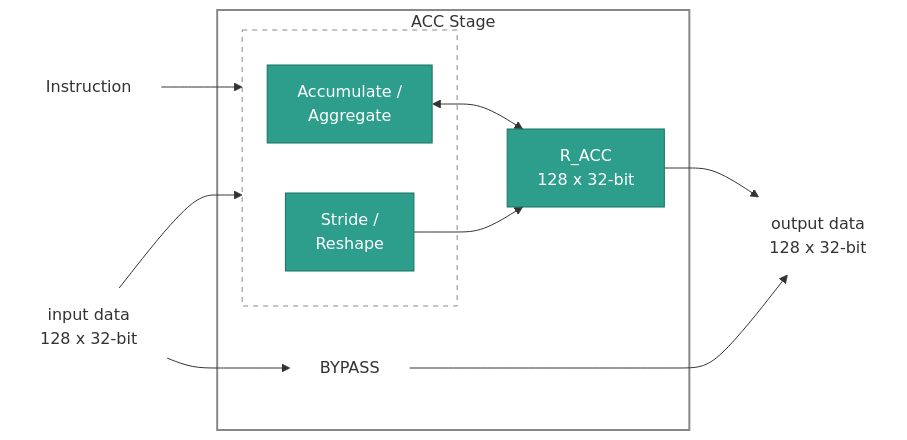
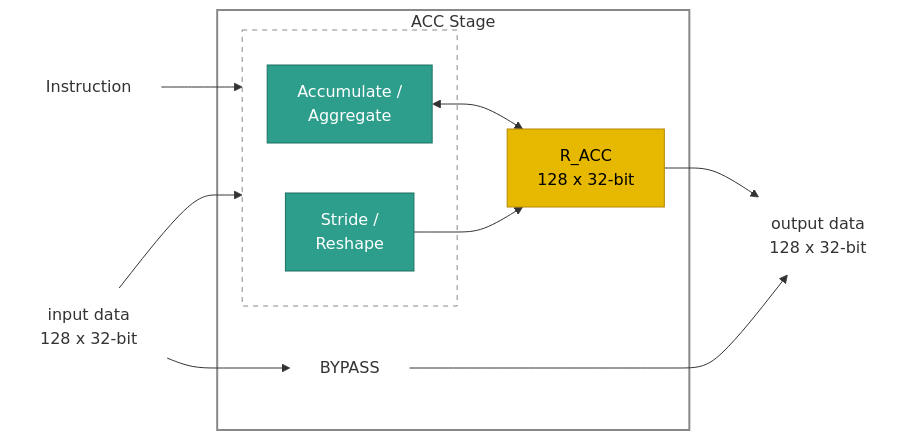
One commit to rechefe/ipu-emulator changed the diagram in docs/content/specs/ARCH-stage-acc.md. Above: the diagram before and after it, drawn with Mermaid. The commit also changed 5 other files, not shown here.

Commit message:
Refine documentation and diagrams for IPU architecture: update section titles, clarify arithmetic events, and enhance visual representations in the Control, Accumulator, and Multiply stages.

````diff
--- a/docs/content/specs/ARCH-stage-acc.md
+++ b/docs/content/specs/ARCH-stage-acc.md
@@ -40,28 +40,29 @@
 ```mermaid
 flowchart LR
     IN_DATA["input data<br>128 x 32-bit"]:::io
     INSTR["Instruction"]:::io
     OUT_DATA["output data<br>128 x 32-bit"]:::io
 
     subgraph STAGE["ACC Stage"]
         subgraph OPS[" "]
             ALU["Accumulate /<br>Aggregate"]:::blk
             PERM["Stride /<br>Reshape"]:::blk
         end
-        RACC["R_ACC<br>128 x 32-bit"]:::blk
+        RACC["R_ACC<br>128 x 32-bit"]:::reg
         BYP["BYPASS"]:::io
     end
 
     INSTR --> OPS
     IN_DATA --> OPS
     IN_DATA --> BYP
     ALU <--> RACC
     PERM --> RACC
     RACC --> OUT_DATA
     BYP ---> OUT_DATA
 
     classDef io fill:none,stroke:none
     classDef blk fill:#2e9e8c,stroke:#1a7060,color:#fff
+    classDef reg fill:#e6b800,stroke:#b38a00,color:#000
     style STAGE fill:none,stroke:#888,stroke-width:2px
     style OPS fill:none,stroke:#888,stroke-dasharray:5 5
 ```
````
